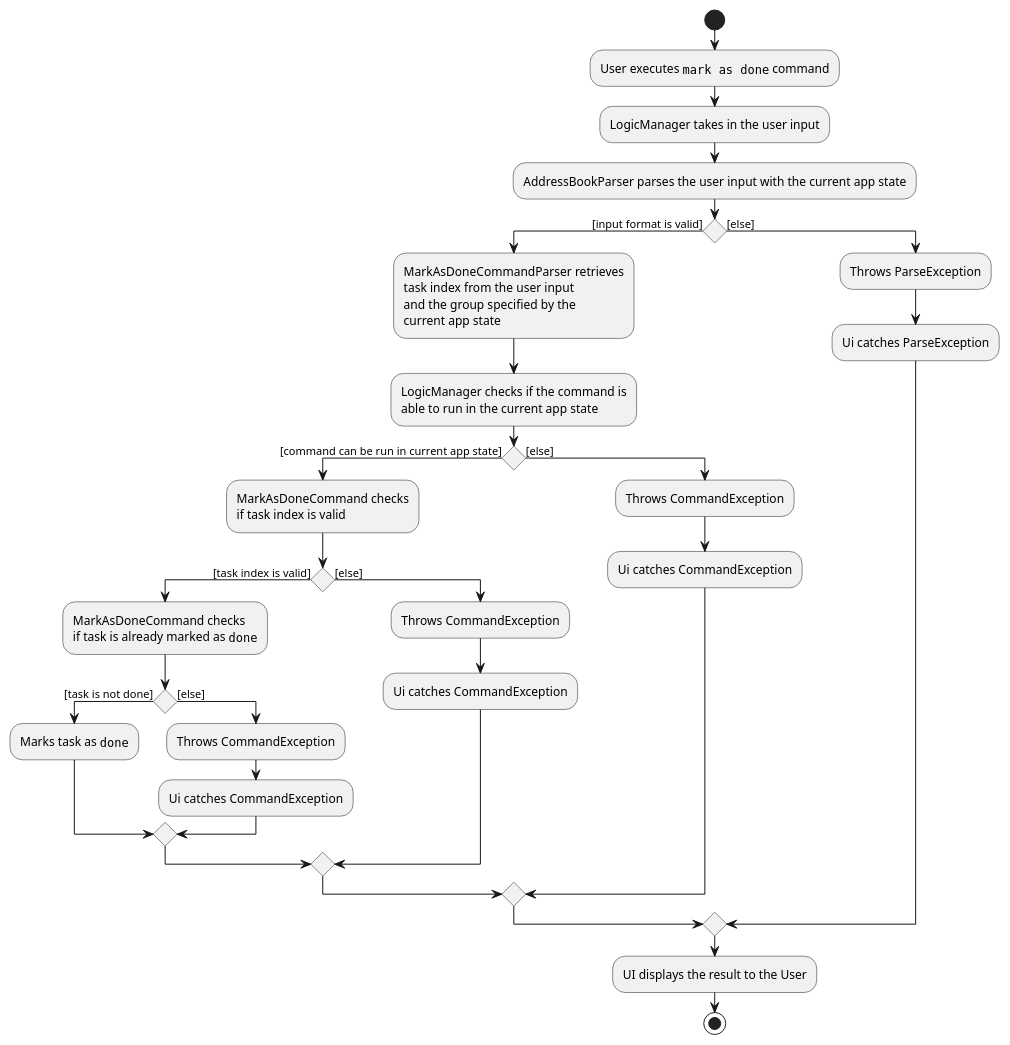
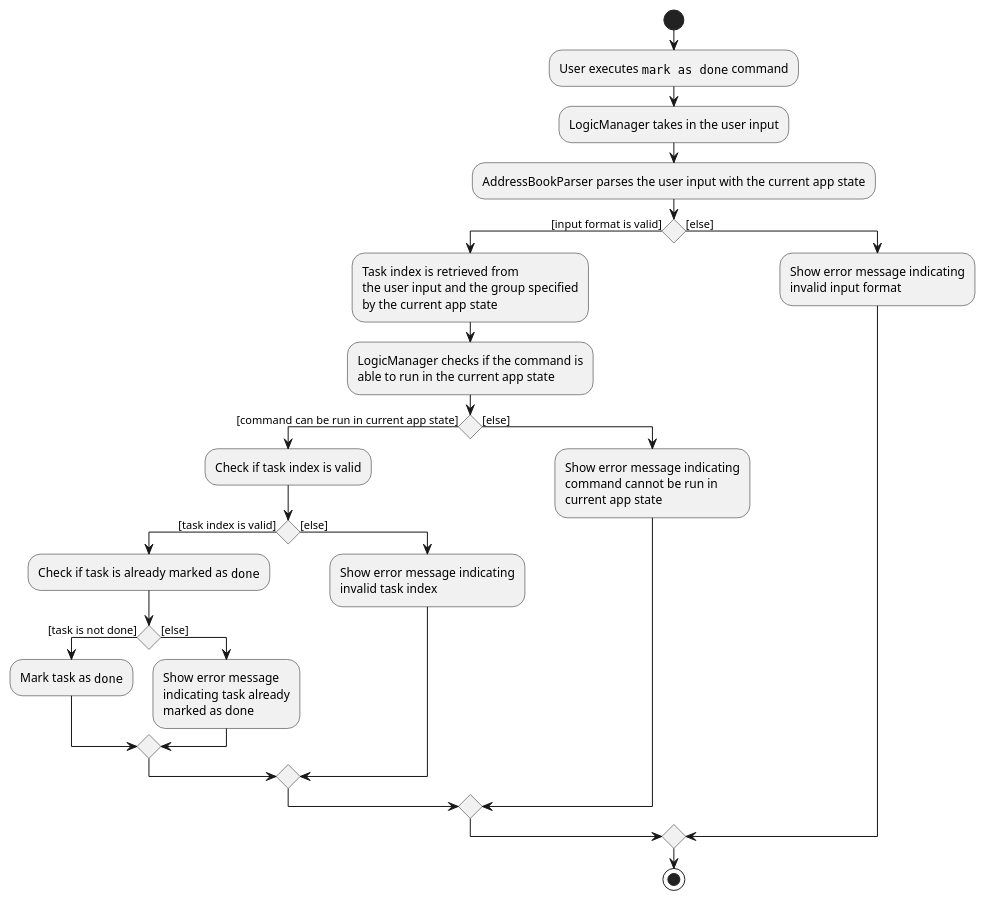
Before and after one commit to thanwinnikki/tp: the diagram in docs/diagrams/MarkAsDoneCommandActivityDiagram.puml, drawn with PlantUML. The commit also changed 4 other files, not shown here.

Commit message:
Update diagrams

```diff
--- a/docs/diagrams/MarkAsDoneCommandActivityDiagram.puml
+++ b/docs/diagrams/MarkAsDoneCommandActivityDiagram.puml
@@ -1,59 +1,57 @@
 @startuml
 'https://plantuml.com/activity-diagram-beta
 
 start
 
 :User executes ""mark as done"" command;
 :LogicManager takes in the user input;
 :AddressBookParser parses the user input with the current app state;
 
 
 if () then ([input format is valid])
-    :MarkAsDoneCommandParser retrieves
-    task index from the user input
-    and the group specified by the
-    current app state;
+    :Task index is retrieved from
+    the user input and the group specified
+    by the current app state;
 
     :LogicManager checks if the command is
     able to run in the current app state;
 
     if () then ([command can be run in current app state])
 
-    :MarkAsDoneCommand checks
-    if task index is valid;
+    :Check if task index is valid;
 
     if () then ([task index is valid])
-    :MarkAsDoneCommand checks
-    if task is already marked as ""done"";
+    :Check if task is already marked as ""done"";
 
     if () then ([task is not done])
-        :Marks task as ""done"";
+        :Mark task as ""done"";
 
     else ([else])
-    :Throws CommandException;
-    :Ui catches CommandException;
+    :Show error message
+    indicating task already
+    marked as done;
 
     endif
 
     else ([else])
-    :Throws CommandException;
-        :Ui catches CommandException;
+    :Show error message indicating
+    invalid task index;
 
     endif
 
     else ([else])
-    :Throws CommandException;
-    :Ui catches CommandException;
+    :Show error message indicating
+    command cannot be run in
+    current app state;
 
     endif
 
 else ([else])
-    :Throws ParseException;
-    :Ui catches ParseException;
+    :Show error message indicating
+    invalid input format;
 
 endif
-:UI displays the result to the User;
 
 stop
 
 @enduml
```
